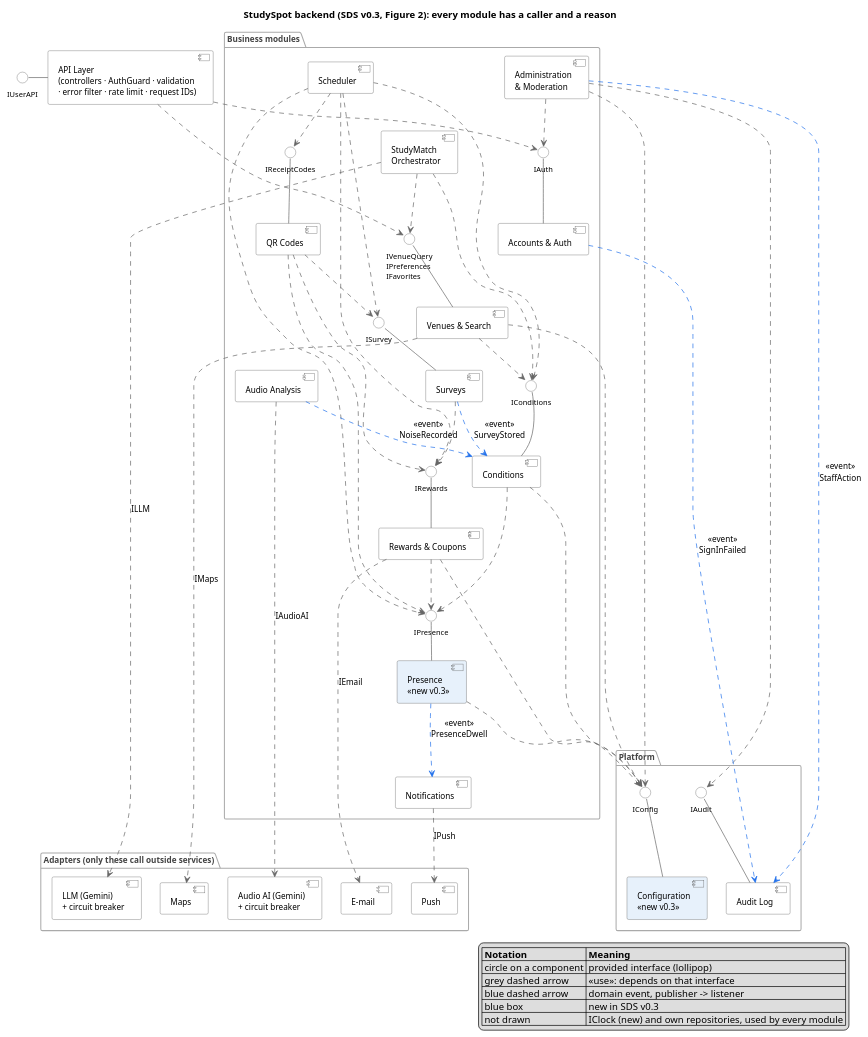
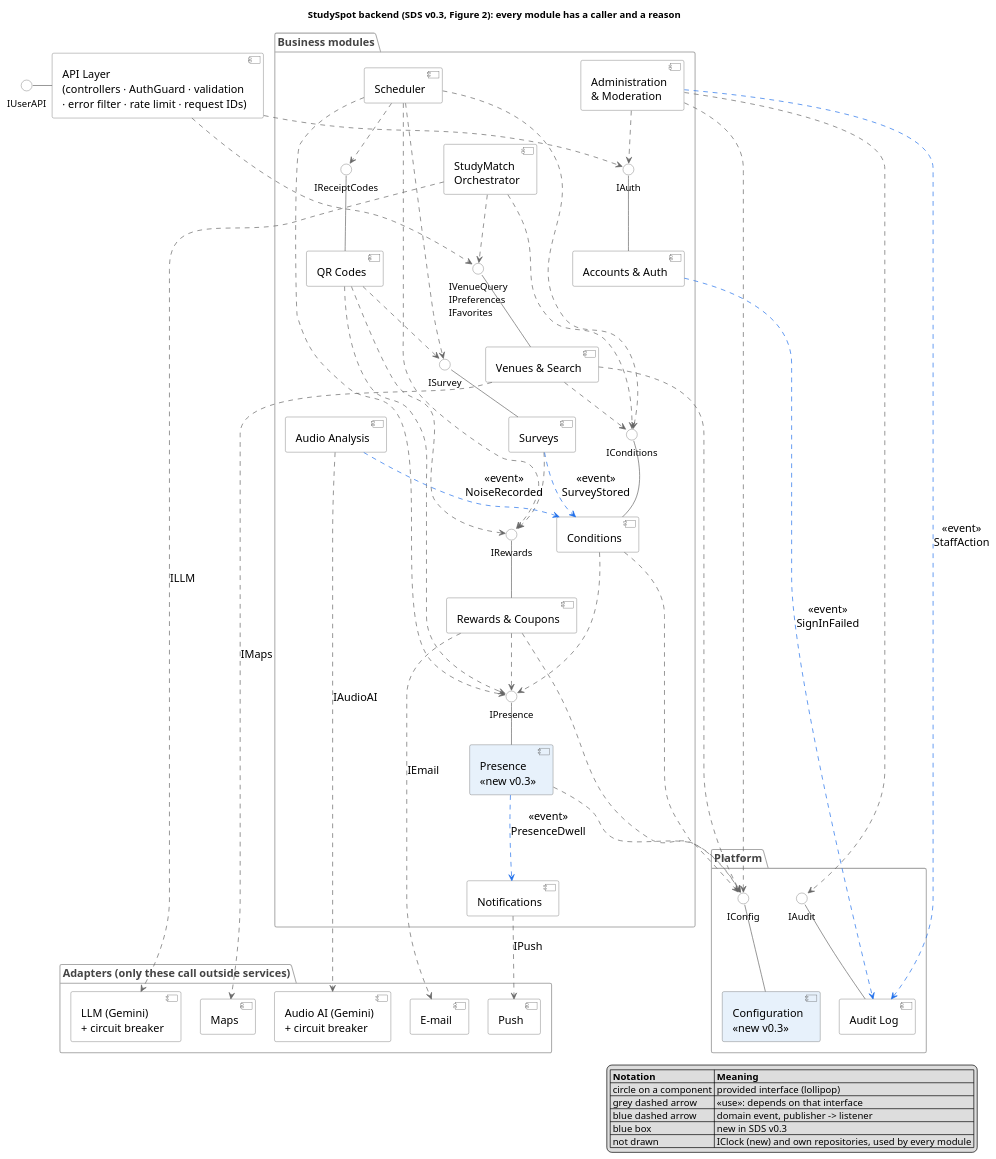
The diagram in docs/architecture/uml/fig2-backend-modules.puml (yasmeennasrr/StudySpot), drawn with PlantUML before and after one commit. The commit also changed 20 other files, not shown here.

First line of the commit message:
PB-01 SDS v0.3 (M1 part) with tracked changes; print-ready diagrams

```diff
--- a/docs/architecture/uml/fig2-backend-modules.puml
+++ b/docs/architecture/uml/fig2-backend-modules.puml
@@ -1,134 +1,134 @@
 @startuml fig2-backend-modules
 ' SDS v0.3 Figure 2: backend modules with provided interfaces (lollipops),
 ' «use» dependencies (dashed arrows to an interface) and domain events (blue).
 ' The same links are generated from the code by `npm run deps:graph`.
 skinparam componentStyle uml2
 skinparam shadowing false
 skinparam defaultFontName Helvetica
-skinparam defaultFontSize 12
+skinparam defaultFontSize 16
 skinparam nodesep 28
 skinparam ranksep 38
 skinparam component {
   BackgroundColor white
   BorderColor #555555
 }
 skinparam interface {
   BackgroundColor white
   BorderColor #555555
-  FontSize 11
+  FontSize 14
 }
 skinparam package {
   BorderColor #AAAAAA
   FontColor #444444
 }
 skinparam ArrowColor #666666
 top to bottom direction
 
 title StudySpot backend (SDS v0.3, Figure 2): every module has a caller and a reason
 
 () "IUserAPI" as IUserAPI
 component "API Layer\n(controllers · AuthGuard · validation\n· error filter · rate limit · request IDs)" as API
 IUserAPI - API
 
 package "Business modules" {
   component "Accounts & Auth" as Accounts
   () "IAuth" as IAuth
   Accounts -up- IAuth
 
   component "Venues & Search" as Venues
   () "IVenueQuery\nIPreferences\nIFavorites" as IVenue
   Venues -up- IVenue
 
   component "Administration\n& Moderation" as Admin
   component "StudyMatch\nOrchestrator" as StudyMatch
   component "Scheduler" as Scheduler
 
   component "Conditions" as Conditions
   () "IConditions" as ICond
   Conditions -up- ICond
 
   component "QR Codes" as QR
   () "IReceiptCodes" as IQR
   QR -up- IQR
 
   component "Surveys" as Surveys
   () "ISurvey" as ISurvey
   Surveys -up- ISurvey
 
   component "Rewards & Coupons" as Rewards
   () "IRewards" as IRewards
   Rewards -up- IRewards
 
   component "Presence\n«new v0.3»" as Presence #E7F1FB
   () "IPresence" as IPresence
   Presence -up- IPresence
 
   component "Audio Analysis" as Audio
   component "Notifications" as Notifications
 }
 
 package "Platform" {
   component "Configuration\n«new v0.3»" as Config #E7F1FB
   () "IConfig" as IConfig
   Config -up- IConfig
   component "Audit Log" as Audit
   () "IAudit" as IAudit
   Audit -up- IAudit
 }
 
 package "Adapters (only these call outside services)" {
   component "Maps" as Maps
   component "E-mail" as Email
   component "Push" as Push
   component "LLM (Gemini)\n+ circuit breaker" as LLM
   component "Audio AI (Gemini)\n+ circuit breaker" as AudioAI
 }
 
 ' API Layer: guard + controllers
 API ..> IAuth
 API ..> IVenue
 
 ' «use» dependencies
 Admin ..> IAuth
 Admin ..> IAudit
 Admin ..> IConfig
 StudyMatch ..> IVenue
 StudyMatch ..> ICond
 StudyMatch ..> LLM : ILLM
 Venues ..> ICond
 Venues ..> Maps : IMaps
 Venues ..> IConfig
 Conditions ..> IPresence
 Conditions ..> IConfig
 Scheduler ..> IQR
 Scheduler ..> IRewards
 Scheduler ..> ICond
 Scheduler ..> ISurvey
 Scheduler ..> IPresence
 QR ..> ISurvey
 QR ..> IRewards
 QR ..> IPresence
 Surveys ..> IRewards
 Rewards ..> IPresence
 Rewards ..> IConfig
 Rewards ..> Email : IEmail
 Presence ..> IConfig
 Audio ..> AudioAI : IAudioAI
 Notifications ..> Push : IPush
 
 ' Domain events (Observer): publisher -> listener, no import
 Surveys -[#1F6FEB,dashed]-> Conditions : <<event>>\nSurveyStored
 Audio -[#1F6FEB,dashed]-> Conditions : <<event>>\nNoiseRecorded
 Accounts -[#1F6FEB,dashed]-> Audit : <<event>>\nSignInFailed
 Admin -[#1F6FEB,dashed]-> Audit : <<event>>\nStaffAction
 Presence -[#1F6FEB,dashed]-> Notifications : <<event>>\nPresenceDwell
 
 legend right
   |= Notation |= Meaning |
   | circle on a component | provided interface (lollipop) |
   | grey dashed arrow | «use»: depends on that interface |
   | blue dashed arrow | domain event, publisher -> listener |
   | blue box | new in SDS v0.3 |
   | not drawn | IClock (new) and own repositories, used by every module |
 endlegend
 @enduml
```
